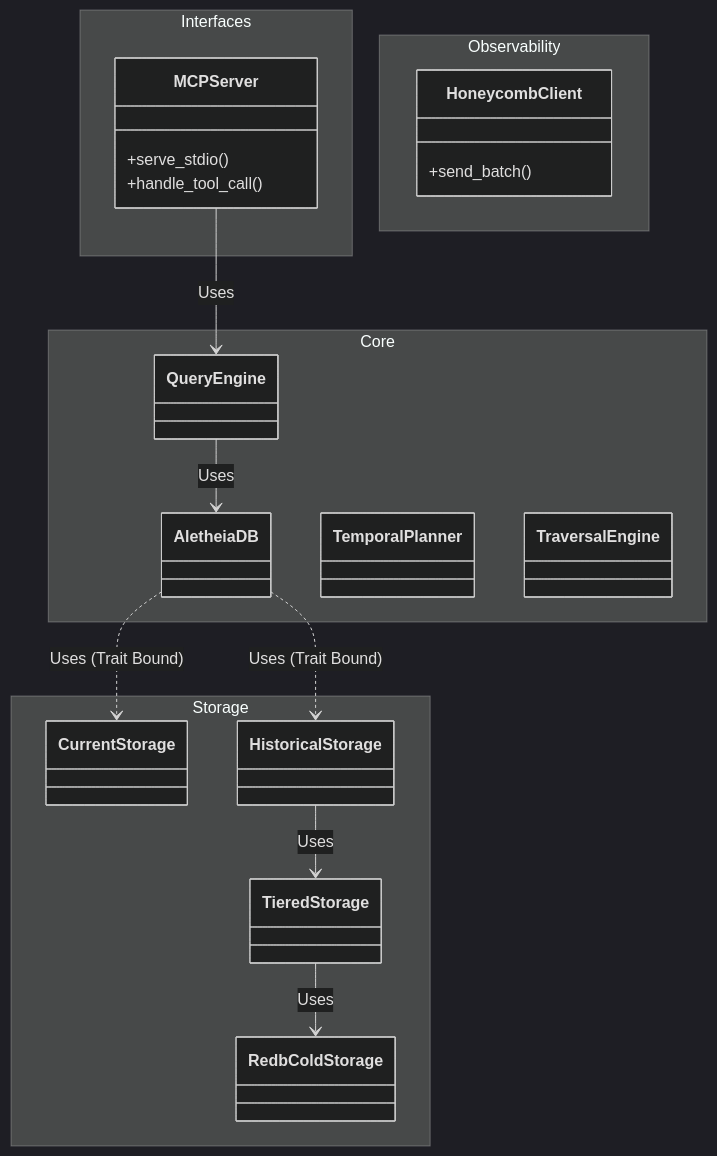
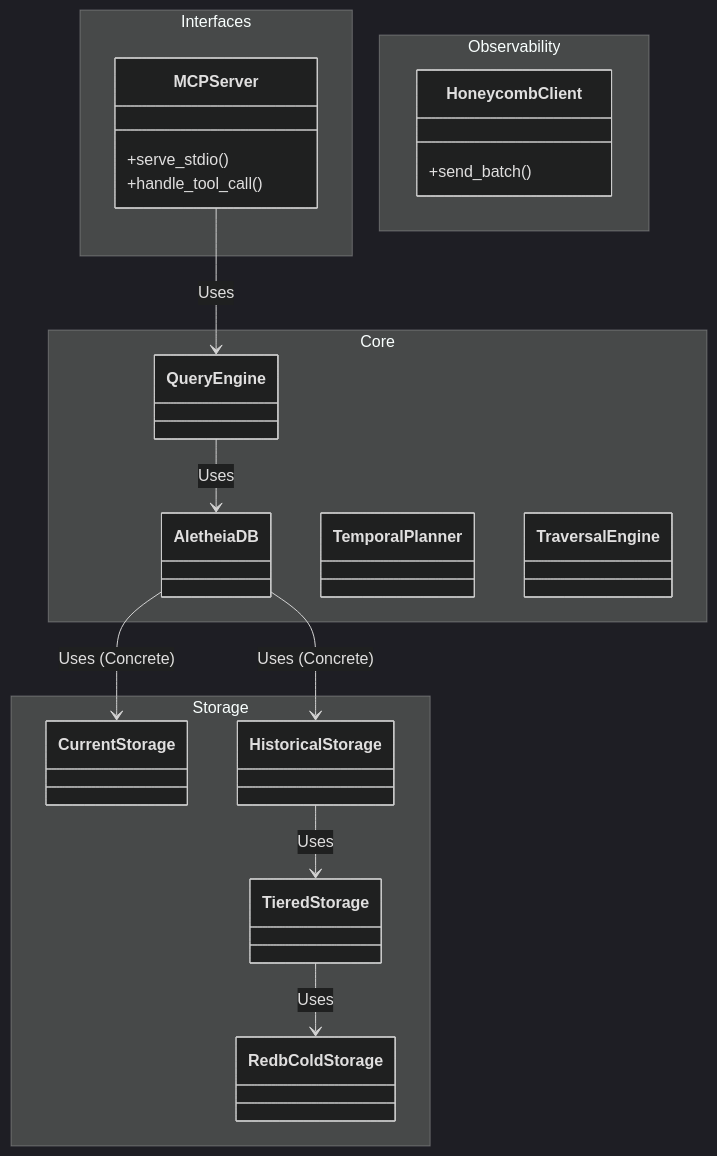
One commit to autumn-foundation/AletheiaDB changed the second of 28 diagrams in docs/ARCHITECTURE.md. Above: the diagram before and after it, drawn with Mermaid (dark theme). The commit also changed 1 other file, not shown here.

Commit message:
docs: add ADR-0044 and update architecture diagram
- Adds `docs/adr/0044-concrete-storage-coupling.md` to document the decision
  to use concrete storage types in `AletheiaDB` instead of the `StorageEngine`
  trait proposed in ADR-0027.
- Updates `docs/ARCHITECTURE.md` to reflect the direct association between
  `AletheiaDB` and storage components, removing the "Trait Bound" annotation.

This ensures architectural transparency by aligning documentation with the
current codebase reality.

````diff
--- a/docs/ARCHITECTURE.md
+++ b/docs/ARCHITECTURE.md
@@ -78,34 +78,34 @@
 ```mermaid
 classDiagram
     namespace Interfaces {
         class MCPServer {
             +serve_stdio()
             +handle_tool_call()
         }
     }
     namespace Core {
         class AletheiaDB
         class QueryEngine
         class TemporalPlanner
         class TraversalEngine
     }
     namespace Storage {
         class CurrentStorage
         class HistoricalStorage
         class TieredStorage
         class RedbColdStorage
     }
     namespace Observability {
         class HoneycombClient {
             +send_batch()
         }
     }
 
     MCPServer --> QueryEngine : Uses
     QueryEngine --> AletheiaDB : Uses
-    AletheiaDB ..> CurrentStorage : Uses (Trait Bound)
-    AletheiaDB ..> HistoricalStorage : Uses (Trait Bound)
+    AletheiaDB --> CurrentStorage : Uses (Concrete)
+    AletheiaDB --> HistoricalStorage : Uses (Concrete)
     %% Removed the circular dependency arrow
     HistoricalStorage --> TieredStorage : Uses
     TieredStorage --> RedbColdStorage : Uses
 ```
````
